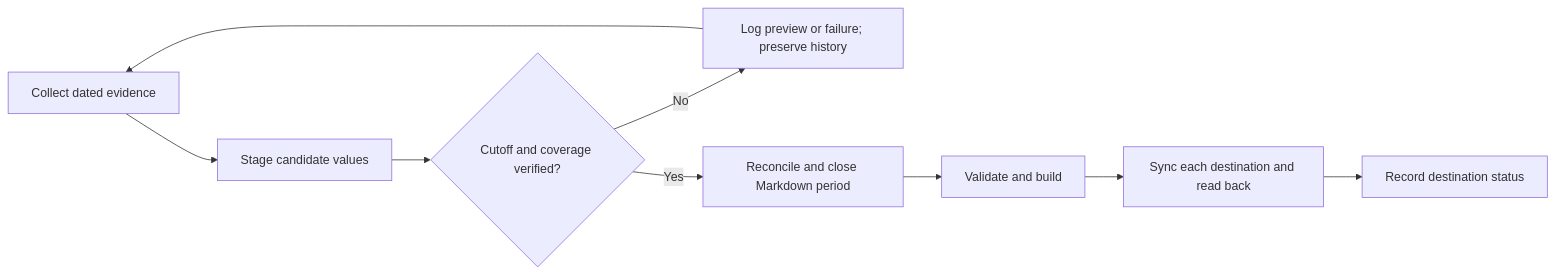
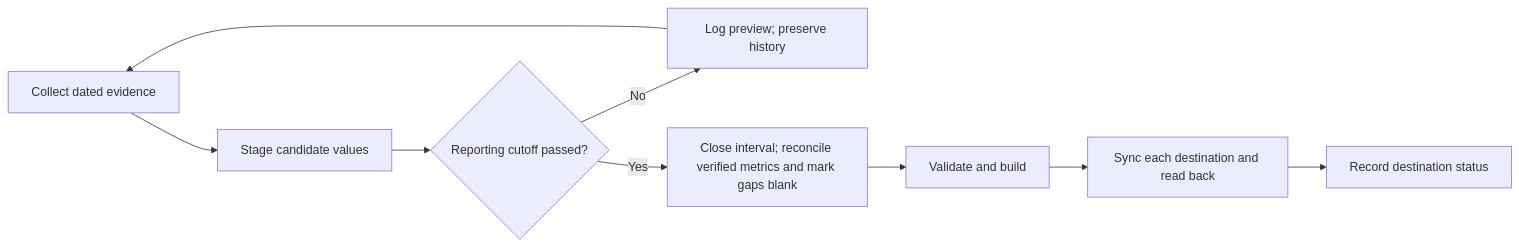
One commit to osbornec/weekly-product-review changed the diagram in skills/weekly-product-review/references/collector-contract.md. Above: the diagram before and after it, drawn with Mermaid. The commit also changed other lines of this file and 8 other files, not shown here.

````diff
--- a/skills/weekly-product-review/references/collector-contract.md
+++ b/skills/weekly-product-review/references/collector-contract.md
@@ -30,11 +30,11 @@
 ```mermaid
 flowchart LR
     A[Collect dated evidence] --> B[Stage candidate values]
-    B --> C{Cutoff and coverage verified?}
-    C -->|No| D[Log preview or failure; preserve history]
-    C -->|Yes| E[Reconcile and close Markdown period]
+    B --> C{Reporting cutoff passed?}
+    C -->|No| D[Log preview; preserve history]
+    C -->|Yes| E[Close interval; reconcile verified metrics and mark gaps blank]
     E --> F[Validate and build]
     F --> G[Sync each destination and read back]
     G --> H[Record destination status]
     D --> A
 ```
````
